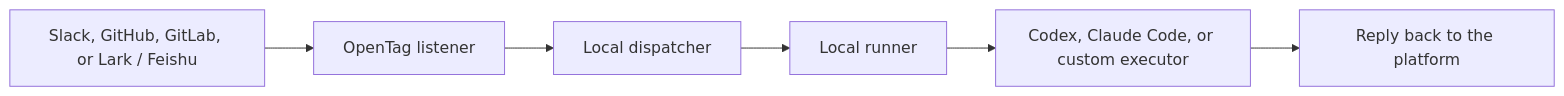
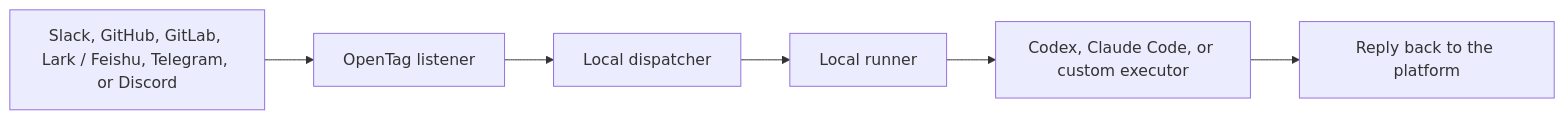
The diagram in README.md (amplifthq/opentag), drawn with Mermaid before and after one commit. The commit also changed other lines of this file and 57 other files, not shown here.

````diff
--- a/README.md
+++ b/README.md
@@ -212,8 +212,8 @@
 ```mermaid
 flowchart LR
-    A["Slack, GitHub, GitLab, or Lark / Feishu"] --> B["OpenTag listener"]
+    A["Slack, GitHub, GitLab, Lark / Feishu, Telegram, or Discord"] --> B["OpenTag listener"]
     B --> C["Local dispatcher"]
     C --> D["Local runner"]
     D --> E["Codex, Claude Code, or custom executor"]
     E --> F["Reply back to the platform"]
 ```
````
